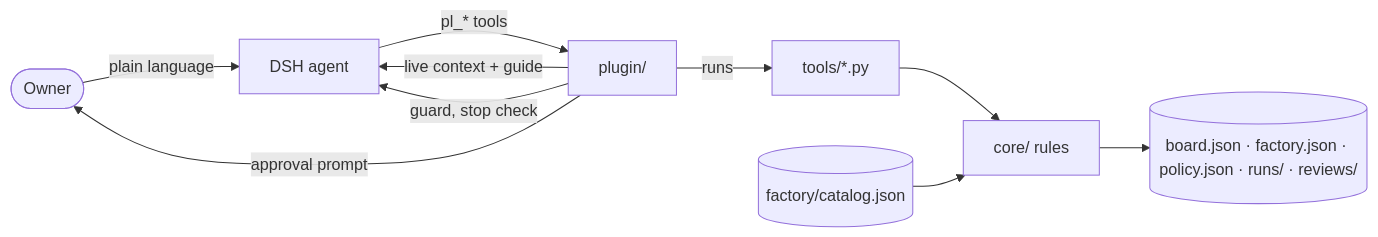
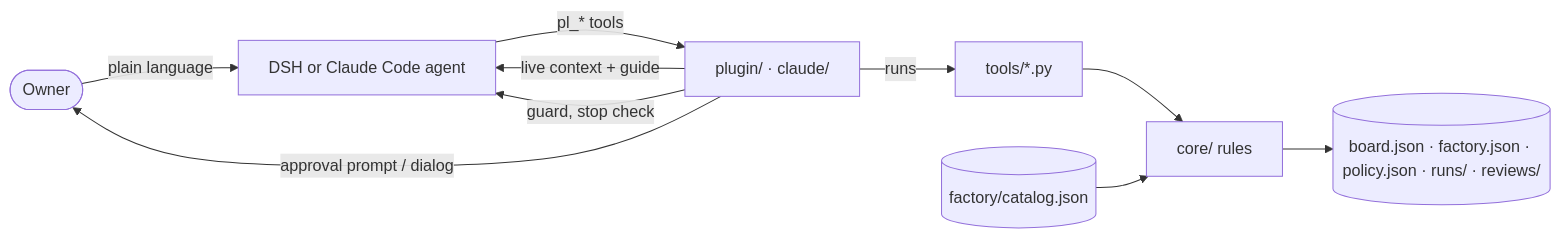
The diagram in docs/architecture.md (atshv/Polier), drawn with Mermaid before and after one commit. The commit also changed other lines of this file and 39 other files, not shown here.

First line of the commit message:
feat(claude): Polier as a Claude Code plugin

````diff
--- a/docs/architecture.md
+++ b/docs/architecture.md
@@ -3,12 +3,12 @@
 ```mermaid
 flowchart LR
-  human([Owner]) -- plain language --> agent[DSH agent]
-  agent -- pl_* tools --> plugin[plugin/]
+  human([Owner]) -- plain language --> agent[DSH or Claude Code agent]
+  agent -- pl_* tools --> plugin[plugin/ · claude/]
   plugin -- live context + guide --> agent
-  plugin -- approval prompt --> human
+  plugin -- approval prompt / dialog --> human
   plugin -- guard, stop check --> agent
   plugin -- runs --> tools[tools/*.py]
   tools --> core[core/ rules]
   core --> files[(board.json · factory.json · policy.json · runs/ · reviews/)]
   catalog[(factory/catalog.json)] --> core
 ```
````
